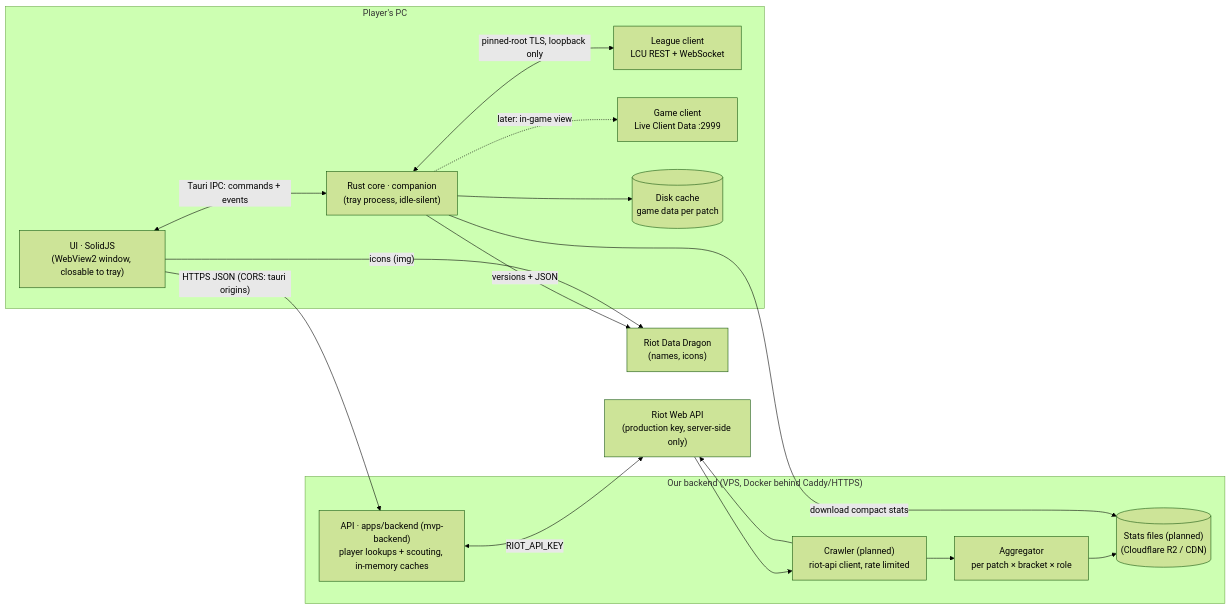
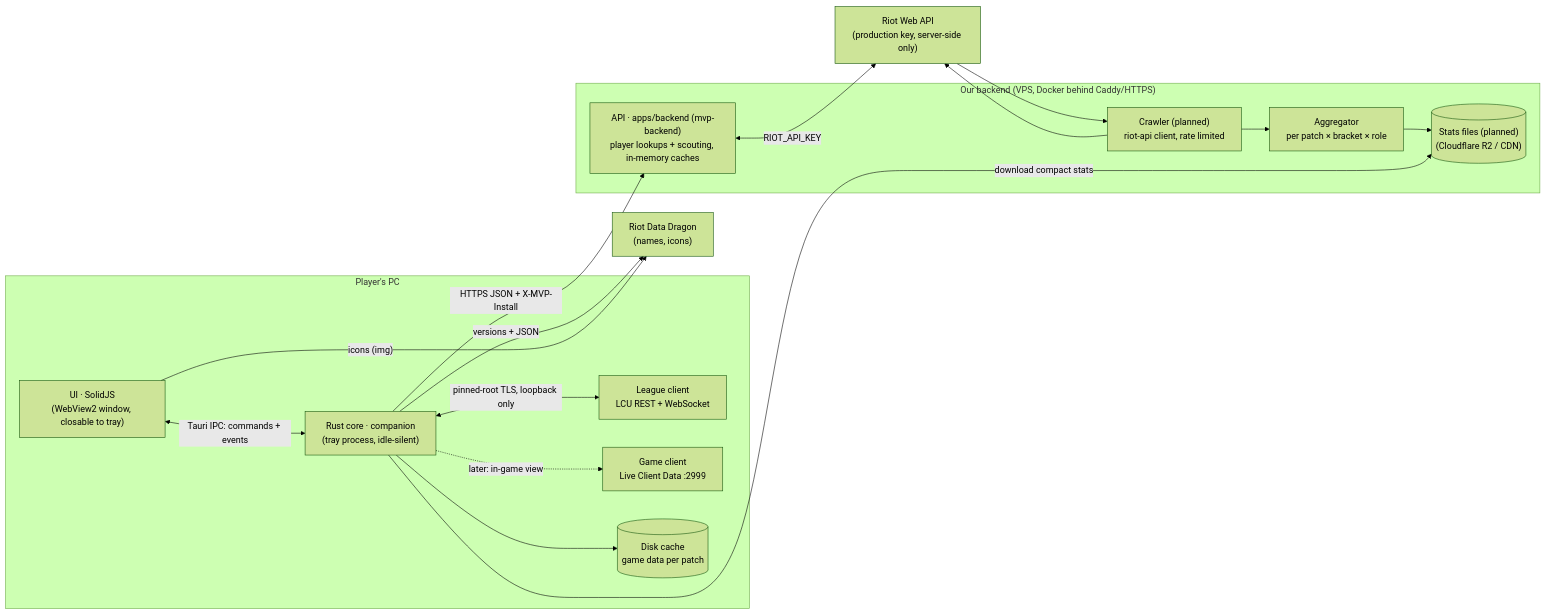
Before and after one commit to Filmoo/MVP: the diagram in docs/architecture.md, drawn with Mermaid (forest theme). The commit also changed other lines of this file and 58 other files, not shown here.

````diff
--- a/docs/architecture.md
+++ b/docs/architecture.md
@@ -3,30 +3,30 @@
 ```mermaid
 flowchart LR
   subgraph PC["Player's PC"]
     UI["UI · SolidJS<br/>(WebView2 window, closable to tray)"]
     Core["Rust core · companion<br/>(tray process, idle-silent)"]
     LCU["League client<br/>LCU REST + WebSocket"]
     Game["Game client<br/>Live Client Data :2999"]
     Cache[("Disk cache<br/>game data per patch")]
   end
   DD["Riot Data Dragon<br/>(names, icons)"]
   subgraph Server["Our backend (VPS, Docker behind Caddy/HTTPS)"]
     Api["API · apps/backend (mvp-backend)<br/>player lookups + scouting, in-memory caches"]
     Crawler["Crawler (planned)<br/>riot-api client, rate limited"]
     Agg["Aggregator<br/>per patch × bracket × role"]
     Files[("Stats files (planned)<br/>(Cloudflare R2 / CDN)")]
   end
   Riot["Riot Web API<br/>(production key, server-side only)"]
 
   UI <-- "Tauri IPC: commands + events" --> Core
   Core <-- "pinned-root TLS, loopback only" --> LCU
   Core -. "later: in-game view" .-> Game
   Core --> Cache
   Core -- "versions + JSON" --> DD
   UI -- "icons (img)" --> DD
   Api <-- "RIOT_API_KEY" --> Riot
   Crawler --> Riot --> Crawler
   Crawler --> Agg --> Files
   Core -- "download compact stats" --> Files
-  UI -- "HTTPS JSON (CORS: tauri origins)" --> Api
+  Core -- "HTTPS JSON + X-MVP-Install" --> Api
 ```
````
